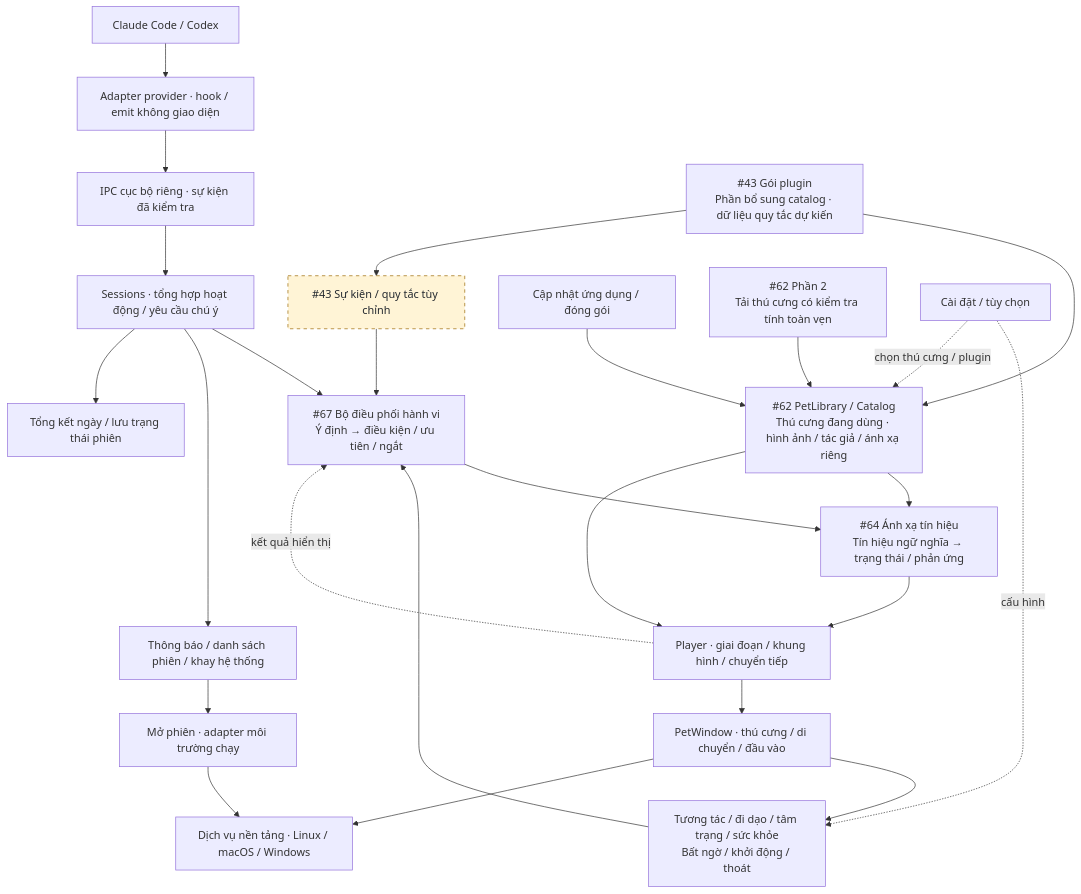
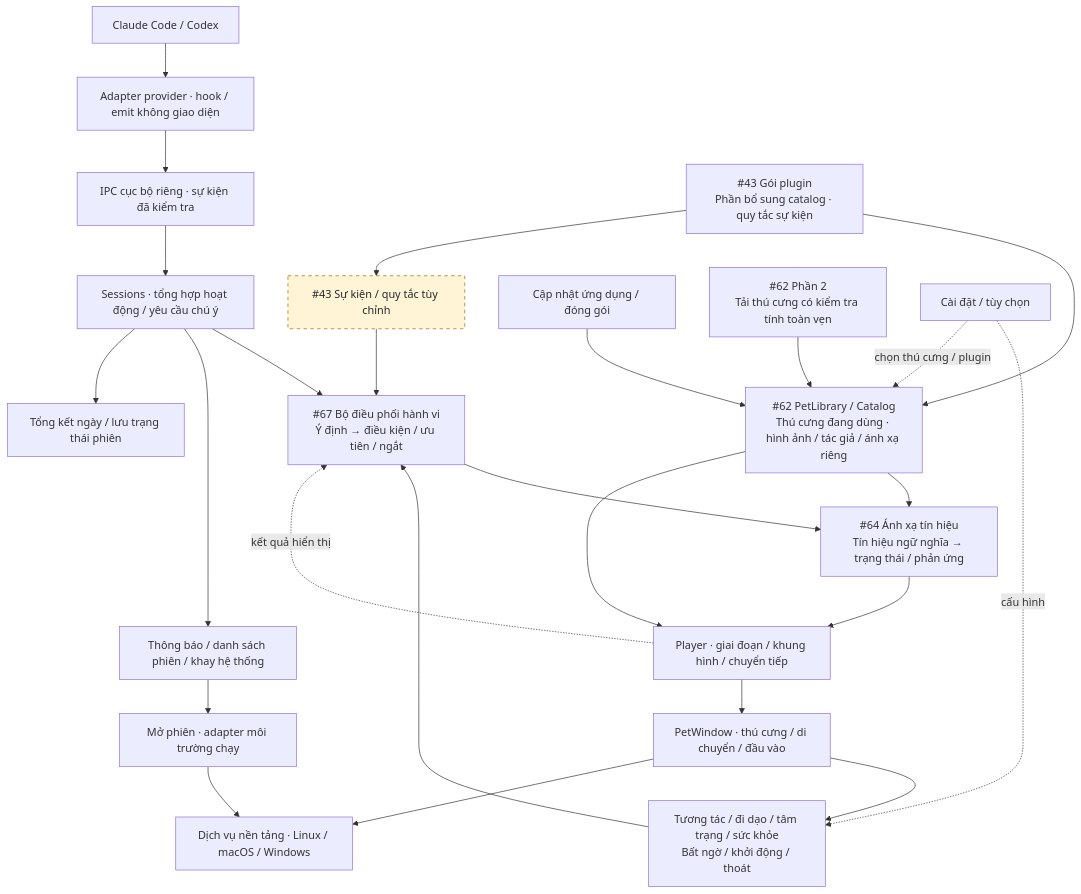
The first of 2 diagrams in README.vi.md (WindyWin/vpet-agent-pet), drawn with Mermaid before and after one commit. The commit also changed other lines of this file and 28 other files, not shown here.

````diff
--- a/README.vi.md
+++ b/README.vi.md
@@ -219,32 +219,32 @@
 ```mermaid
 flowchart TB
   agents["Claude Code / Codex"] --> input["Adapter provider · hook / emit không giao diện"]
   input --> ipc["IPC cục bộ riêng · sự kiện đã kiểm tra"]
   ipc --> sessions["Sessions · tổng hợp hoạt động / yêu cầu chú ý"]
   sessions --> runtime["#67 Bộ điều phối hành vi<br/>Ý định → điều kiện / ưu tiên / ngắt"]
   life["Tương tác / đi dạo / tâm trạng / sức khỏe<br/>Bất ngờ / khởi động / thoát"] --> runtime
   custom["#43 Sự kiện / quy tắc tùy chỉnh"] --> runtime
   runtime --> cues["#64 Ánh xạ tín hiệu<br/>Tín hiệu ngữ nghĩa → trạng thái / phản ứng"]
   cues --> player["Player · giai đoạn / khung hình / chuyển tiếp"]
   player --> window["PetWindow · thú cưng / di chuyển / đầu vào"]
   player -. kết quả hiển thị .-> runtime
   window --> life
 
   sessions --> alerts["Thông báo / danh sách phiên / khay hệ thống"]
   alerts --> focus["Mở phiên · adapter môi trường chạy"]
   focus --> platform["Dịch vụ nền tảng · Linux / macOS / Windows"]
   window --> platform
   sessions --> recap["Tổng kết ngày / lưu trạng thái phiên"]
 
   packs["#62 PetLibrary / Catalog<br/>Thú cưng đang dùng · hình ảnh / tác giả / ánh xạ riêng"] --> cues
   packs --> player
-  plugins["#43 Gói plugin<br/>Phần bổ sung catalog · dữ liệu quy tắc dự kiến"] --> packs
+  plugins["#43 Gói plugin<br/>Phần bổ sung catalog · quy tắc sự kiện"] --> packs
   plugins --> custom
   updates["Cập nhật ứng dụng / đóng gói"] --> packs
   downloads["#62 Phần 2<br/>Tải thú cưng có kiểm tra tính toàn vẹn"] --> packs
   settings["Cài đặt / tùy chọn"] -. cấu hình .-> life
   settings -. chọn thú cưng / plugin .-> packs
 
   classDef planned fill:#fff4d6,stroke:#9a6700,stroke-dasharray:5 5,color:#24292f
   class custom planned
 ```
````
